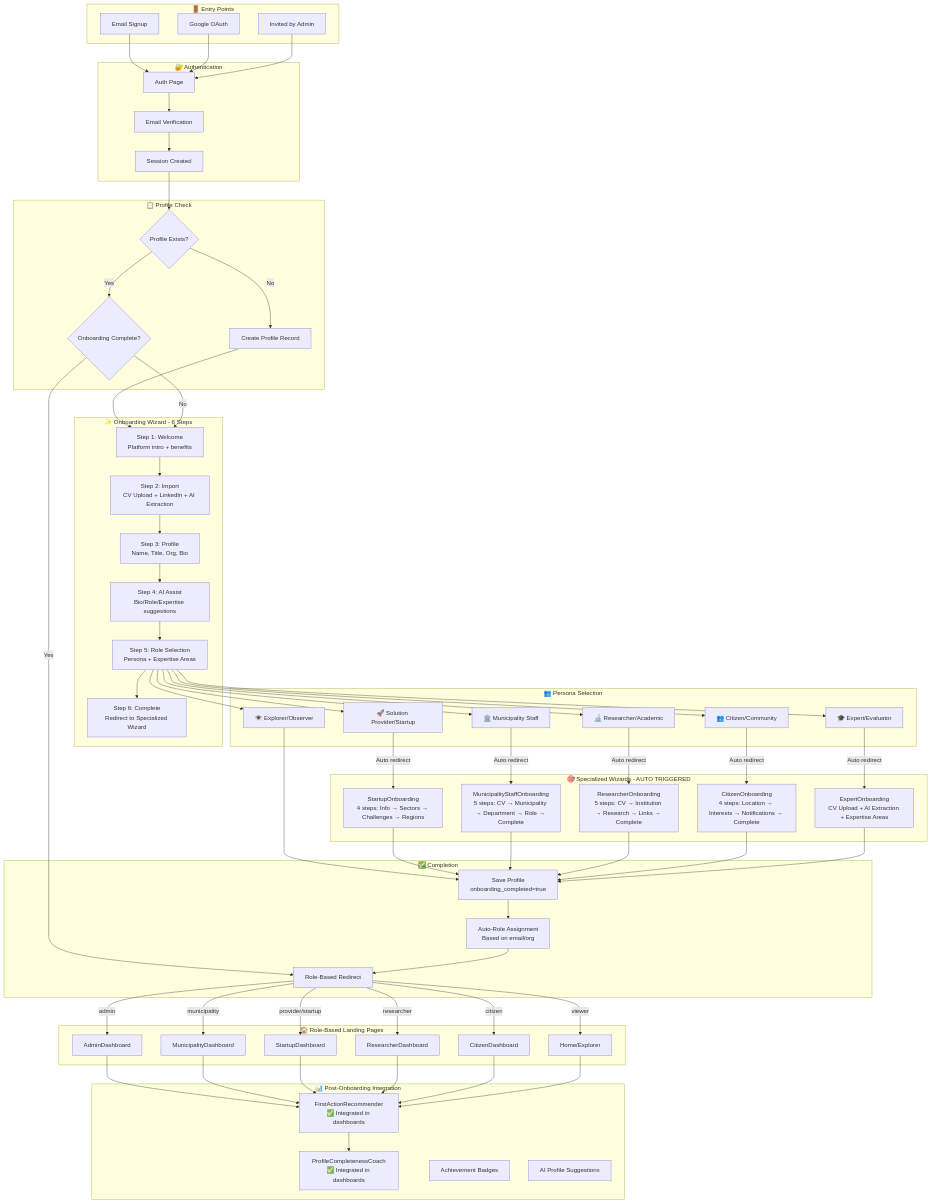
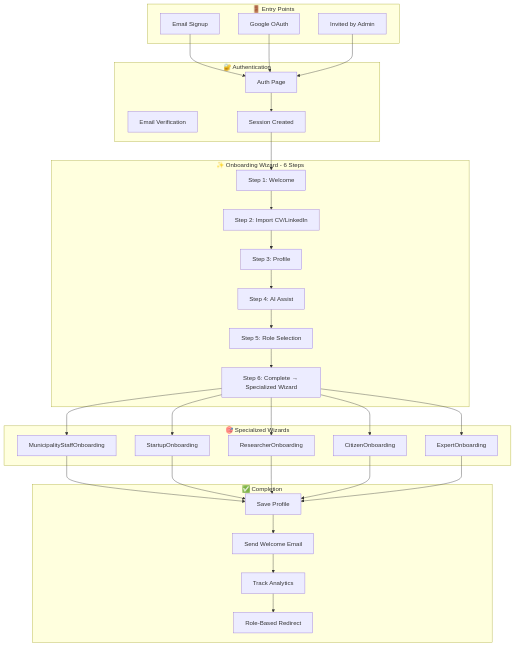
One commit to Qahtani1979/innovate-saudi changed the diagram in docs/ONBOARDING_FLOW_TRACKING.md. Above: the diagram before and after it, drawn with Mermaid. The commit also changed other lines of this file and 8 other files, not shown here.

````diff
--- a/docs/ONBOARDING_FLOW_TRACKING.md
+++ b/docs/ONBOARDING_FLOW_TRACKING.md
@@ -16,104 +27,32 @@
         A3[Session Created]
     end
 
-    subgraph PROFILE_CHECK["📋 Profile Check"]
-        PC1{Profile Exists?}
-        PC2{Onboarding Complete?}
-        PC3[Create Profile Record]
+    subgraph ONBOARDING["✨ Onboarding Wizard - 6 Steps"]
+        OW1[Step 1: Welcome]
+        OW2[Step 2: Import CV/LinkedIn]
+        OW3[Step 3: Profile]
+        OW4[Step 4: AI Assist]
+        OW5[Step 5: Role Selection]
+        OW6[Step 6: Complete → Specialized Wizard]
     end
 
-    subgraph ONBOARDING["✨ Onboarding Wizard - 6 Steps"]
-        OW1[Step 1: Welcome<br/>Platform intro + benefits]
-        OW2[Step 2: Import<br/>CV Upload + LinkedIn + AI Extraction]
-        OW3[Step 3: Profile<br/>Name, Title, Org, Bio]
-        OW4[Step 4: AI Assist<br/>Bio/Role/Expertise suggestions]
-        OW5[Step 5: Role Selection<br/>Persona + Expertise Areas]
-        OW6[Step 6: Complete<br/>Redirect to Specialized Wizard]
-    end
-
-    subgraph PERSONAS["👥 Persona Selection"]
-        P1[🏛️ Municipality Staff]
-        P2[🚀 Solution Provider/Startup]
-        P3[🔬 Researcher/Academic]
-        P4[👥 Citizen/Community]
-        P5[🎓 Expert/Evaluator]
-        P6[👁️ Explorer/Observer]
-    end
-
-    subgraph SPECIALIZED_ONBOARDING["🎯 Specialized Wizards - AUTO TRIGGERED"]
-        SW1[StartupOnboarding<br/>4 steps: Info → Sectors → Challenges → Regions]
-        SW2[MunicipalityStaffOnboarding<br/>5 steps: CV → Municipality → Department → Role → Complete]
-        SW3[ResearcherOnboarding<br/>5 steps: CV → Institution → Research → Links → Complete]
-        SW4[CitizenOnboarding<br/>4 steps: Location → Interests → Notifications → Complete]
-        SW5[ExpertOnboarding<br/>CV Upload + AI Extraction + Expertise Areas]
+    subgraph SPECIALIZED["🎯 Specialized Wizards"]
+        SW1[MunicipalityStaffOnboarding]
+        SW2[StartupOnboarding]
+        SW3[ResearcherOnboarding]
+        SW4[CitizenOnboarding]
+        SW5[ExpertOnboarding]
     end
 
     subgraph COMPLETION["✅ Completion"]
-        C1[Save Profile<br/>onboarding_completed=true]
-        C2[Auto-Role Assignment<br/>Based on email/org]
-        C3[Role-Based Redirect]
+        C1[Save Profile]
+        C2[Send Welcome Email]
+        C3[Track Analytics]
+        C4[Role-Based Redirect]
     end
 
-    subgraph LANDING_PAGES["🏠 Role-Based Landing Pages"]
-        LP1[AdminDashboard]
-        LP2[MunicipalityDashboard]
-        LP3[StartupDashboard]
-        LP4[ResearcherDashboard]
-        LP5[CitizenDashboard]
-        LP6[Home/Explorer]
-    end
-
-    subgraph POST_ONBOARDING["📊 Post-Onboarding Integration"]
-        PO1[FirstActionRecommender<br/>✅ Integrated in dashboards]
-        PO2[ProfileCompletenessCoach<br/>✅ Integrated in dashboards]
-        PO3[Achievement Badges]
-        PO4[AI Profile Suggestions]
-    end
-
-    E1 --> A1
-    E2 --> A1
-    E3 --> A1
-    A1 --> A2
-    A2 --> A3
-    A3 --> PC1
-    
-    PC1 -->|No| PC3
-    PC1 -->|Yes| PC2
-    PC3 --> OW1
-    PC2 -->|No| OW1
-    PC2 -->|Yes| C3
-
-    OW1 --> OW2
-    OW2 --> OW3
-    OW3 --> OW4
-    OW4 --> OW5
-    OW5 --> OW6
-
-    OW5 --> P1 & P2 & P3 & P4 & P5 & P6
-
-    P1 -->|Auto redirect| SW2
-    P2 -->|Auto redirect| SW1
-    P3 -->|Auto redirect| SW3
-    P4 -->|Auto redirect| SW4
-    P5 -->|Auto redirect| SW5
-    P6 --> C1
-
-    SW1 --> C1
-    SW2 --> C1
-    SW3 --> C1
-    SW4 --> C1
-    SW5 --> C1
-
-    C1 --> C2
-    C2 --> C3
-
-    C3 -->|admin| LP1
-    C3 -->|municipality| LP2
-    C3 -->|provider/startup| LP3
-    C3 -->|researcher| LP4
-    C3 -->|citizen| LP5
-    C3 -->|viewer| LP6
-
-    LP1 & LP2 & LP3 & LP4 & LP5 & LP6 --> PO1
-    PO1 --> PO2
+    E1 & E2 & E3 --> A1 --> A3 --> OW1
+    OW1 --> OW2 --> OW3 --> OW4 --> OW5 --> OW6
+    OW6 --> SW1 & SW2 & SW3 & SW4 & SW5
+    SW1 & SW2 & SW3 & SW4 & SW5 --> C1 --> C2 --> C3 --> C4
 ```
````
